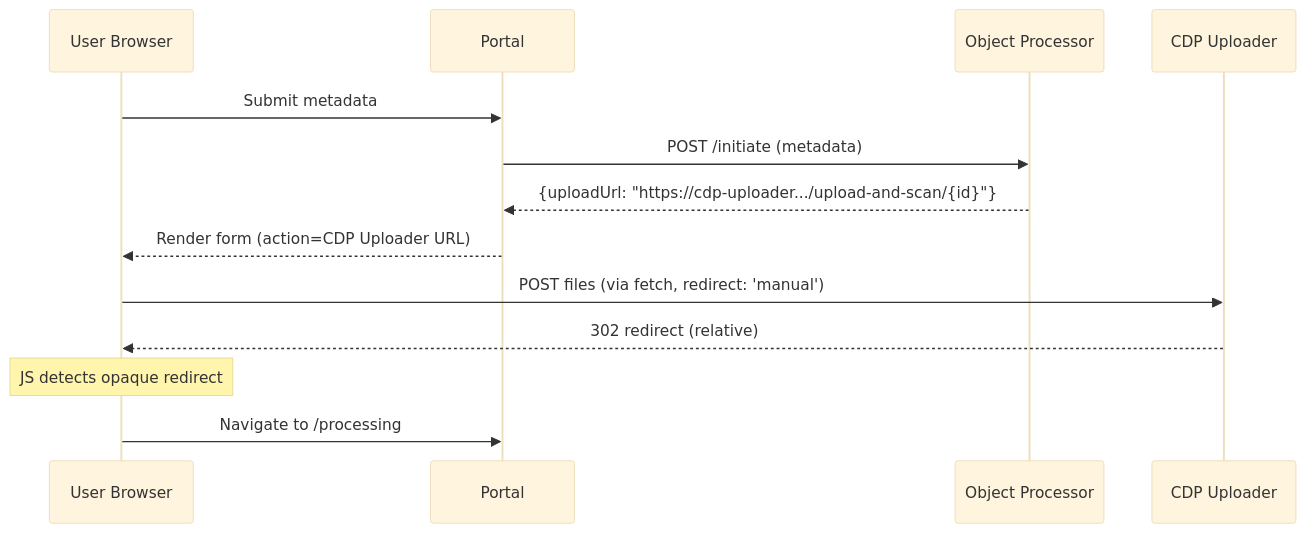
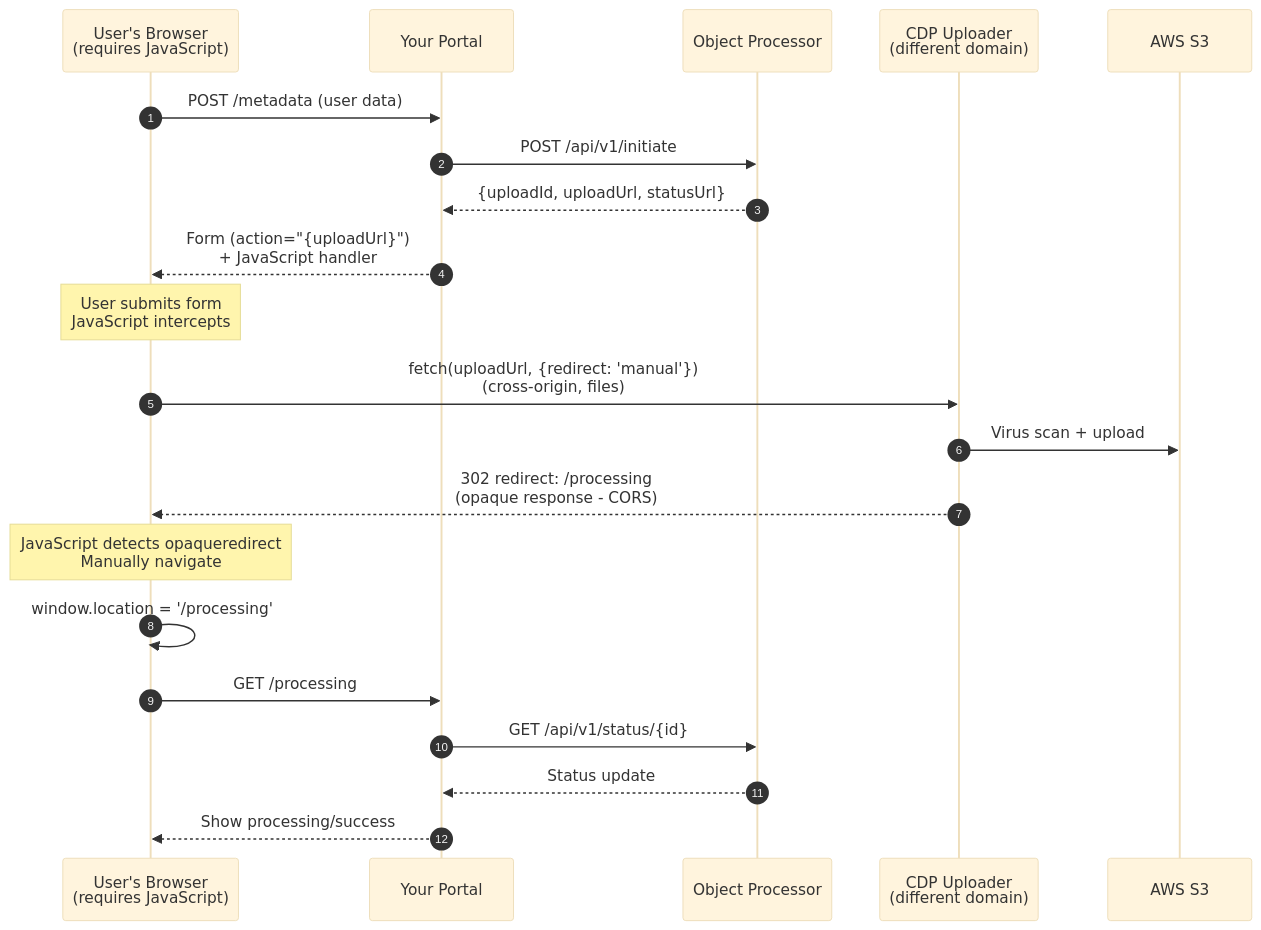
The third of 3 diagrams in README.md (DEFRA/fcp-sfd-portal-stub), drawn with Mermaid (base theme) before and after one commit. The commit also changed other lines of this file and 38 other files, not shown here.

````diff
--- a/README.md
+++ b/README.md
@@ -288,11 +392,26 @@
 ```mermaid
 sequenceDiagram
-    User Browser->>Portal: Submit metadata
-    Portal->>Object Processor: POST /initiate (metadata)
-    Object Processor-->>Portal: {uploadUrl: "https://cdp-uploader.../upload-and-scan/{id}"}
-    Portal-->>User Browser: Render form (action=CDP Uploader URL)
-    User Browser->>CDP Uploader: POST files (via fetch, redirect: 'manual')
-    CDP Uploader-->>User Browser: 302 redirect (relative)
-    Note over User Browser: JS detects opaque redirect
-    User Browser->>Portal: Navigate to /processing
+    autonumber
+    participant Browser as User's Browser<br/>(requires JavaScript)
+    participant Portal as Your Portal
+    participant Processor as Object Processor
+    participant Uploader as CDP Uploader<br/>(different domain)
+    participant S3 as AWS S3
+
+    Browser->>Portal: POST /metadata (user data)
+    Portal->>Processor: POST /api/v1/initiate
+    Processor-->>Portal: {uploadId, uploadUrl, statusUrl}
+    Portal-->>Browser: Form (action="{uploadUrl}")<br/>+ JavaScript handler
+    
+    Note over Browser: User submits form<br/>JavaScript intercepts
+    Browser->>Uploader: fetch(uploadUrl, {redirect: 'manual'})<br/>(cross-origin, files)
+    Uploader->>S3: Virus scan + upload
+    Uploader-->>Browser: 302 redirect: /processing<br/>(opaque response - CORS)
+    
+    Note over Browser: JavaScript detects opaqueredirect<br/>Manually navigate
+    Browser->>Browser: window.location = '/processing'
+    Browser->>Portal: GET /processing
+    Portal->>Processor: GET /api/v1/status/{id}
+    Processor-->>Portal: Status update
+    Portal-->>Browser: Show processing/success
 ```
````
